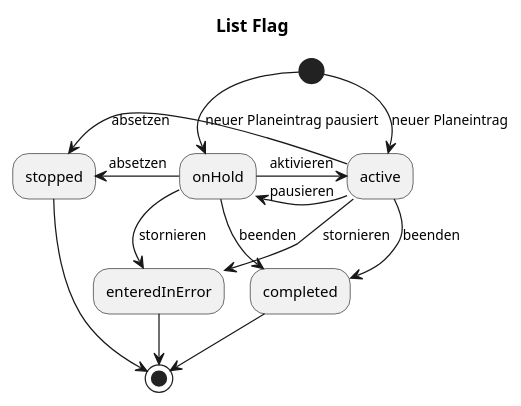
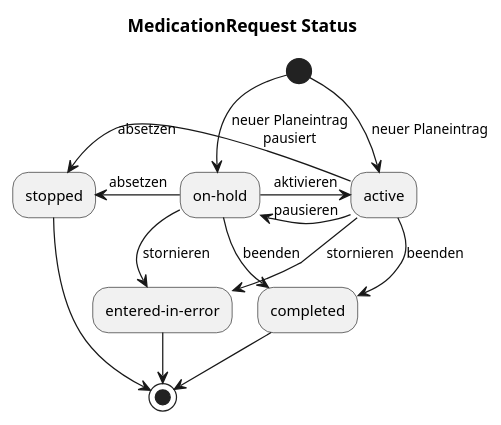
One commit to HL7Austria/ELGA-e-Medikation-R4 changed the diagram in input/images-source/stateDiagram_mr_status_planeintrag.plantuml. Above: the diagram before and after it, drawn with PlantUML. The commit also changed 2 other files, not shown here.

Commit message:
Update state diagrams

```diff
--- a/input/images-source/stateDiagram_mr_status_planeintrag.plantuml
+++ b/input/images-source/stateDiagram_mr_status_planeintrag.plantuml
@@ -1,17 +1,17 @@
 @startuml
-title List Flag
+title MedicationRequest Status
 
 (*) -d-> [neuer Planeintrag] active
-(*) -d-> [neuer Planeintrag pausiert] onHold
-onHold -r-> [aktivieren] active 
-onHold -d-> [stornieren] enteredInError
-onHold -l-> [absetzen] stopped
-onHold -d-> [beenden] completed
+(*) -d-> [neuer Planeintrag\npausiert] "on-hold"
+"on-hold" -r-> [aktivieren] active 
+"on-hold" -d-> [stornieren] "entered-in-error"
+"on-hold" -l-> [absetzen] stopped
+"on-hold" -d-> [beenden] completed
 active -l-> [absetzen] stopped
 active -r-> [beenden] completed  
-active -l-> [pausieren] onHold
-active -d-> [stornieren] enteredInError
+active -l-> [pausieren] "on-hold"
+active -d-> [stornieren] "entered-in-error"
 stopped -d-> (*)
-enteredInError -d-> (*)
+"entered-in-error" -d-> (*)
 completed -d-> (*)
 @enduml
```
